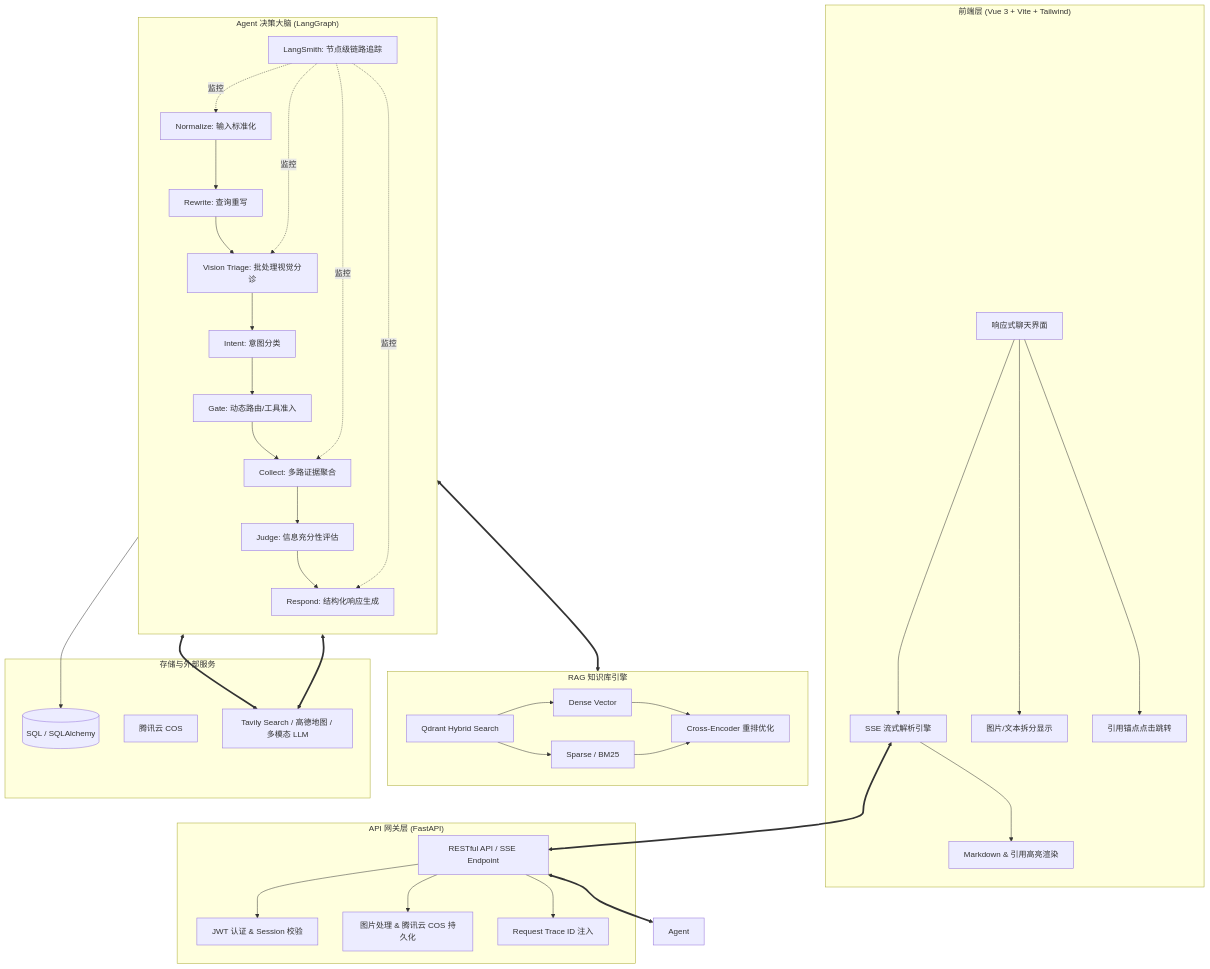
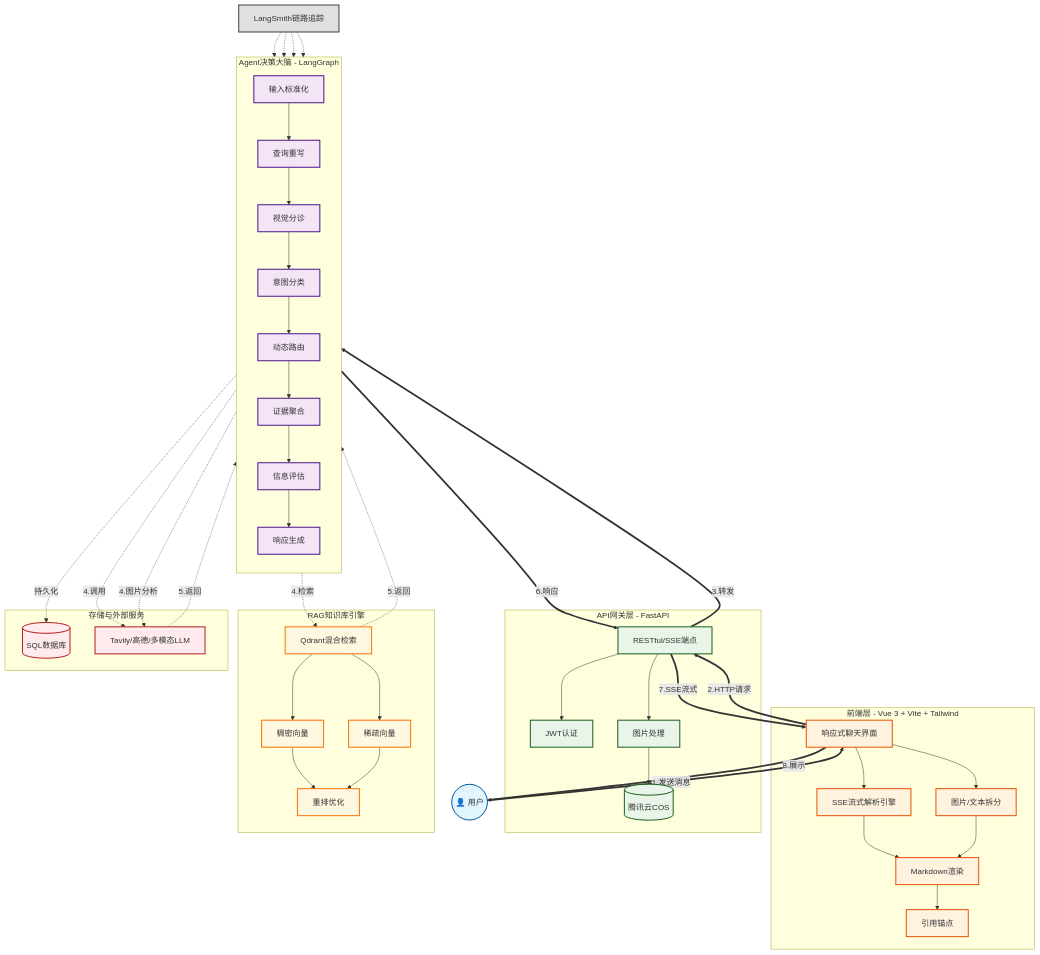
Before and after one commit to lffffffffm/animal_rescue_agent: the diagram in README.md, drawn with Mermaid.

Commit message:
readme修改

````diff
--- a/README.md
+++ b/README.md
@@ -24,49 +24,109 @@
 ```mermaid
-graph TB
-    subgraph "前端层 (Vue 3 + Vite + Tailwind)"
-        UI[响应式聊天界面] --> SSE_Parser[SSE 流式解析引擎]
-        UI --> Image_Split[图片/文本拆分显示]
-        UI --> Cite_Jump[引用锚点点击跳转]
-        SSE_Parser --> Render[Markdown & 引用高亮渲染]
+graph TD
+    %% 用户层
+    User(("👤 用户"))
+    
+    %% 前端层
+    subgraph Frontend [前端层 - Vue 3 + Vite + Tailwind]
+        UI[响应式聊天界面]
+        SSE[SSE流式解析引擎]
+        Split[图片/文本拆分]
+        Render[Markdown渲染]
+        Cite[引用锚点]
+        
+        UI --> SSE
+        UI --> Split
+        SSE --> Render
+        Split --> Render
+        Render --> Cite
     end
     
-    subgraph "API 网关层 (FastAPI)"
-        GW[RESTful API / SSE Endpoint] --> Auth[JWT 认证 & Session 校验]
-        GW --> Upload[图片处理 & 腾讯云 COS 持久化]
-        GW --> Trace_ID[Request Trace ID 注入]
+    %% API网关层
+    subgraph Gateway [API网关层 - FastAPI]
+        API[RESTful/SSE端点]
+        Auth[JWT认证]
+        Upload[图片处理]
+        COS[(腾讯云COS)]
+        
+        API --> Auth
+        API --> Upload
+        Upload --> COS
     end
     
-    subgraph "Agent 决策大脑 (LangGraph)"
+    %% Agent决策层
+    subgraph Agent [Agent决策大脑 - LangGraph]
         direction TB
-        Node1[Normalize: 输入标准化] --> Node2[Rewrite: 查询重写]
-        Node2 --> Node3[Vision Triage: 批处理视觉分诊]
-        Node3 --> Node4[Intent: 意图分类]
-        Node4 --> Node5[Gate: 动态路由/工具准入]
-        Node5 --> Node6[Collect: 多路证据聚合]
-        Node6 --> Node7[Judge: 信息充分性评估]
-        Node7 --> Node8[Respond: 结构化响应生成]
+        N1[输入标准化]
+        N2[查询重写]
+        N3[视觉分诊]
+        N4[意图分类]
+        N5[动态路由]
+        N6[证据聚合]
+        N7[信息评估]
+        N8[响应生成]
         
-        Monitoring[LangSmith: 节点级链路追踪] -. 监控 .-> Node1 & Node3 & Node6 & Node8
+        N1 --> N2 --> N3 --> N4 --> N5 --> N6 --> N7 --> N8
     end
     
-    subgraph "RAG 知识库引擎"
-        direction LR
-        Search[Qdrant Hybrid Search] --> Dense[Dense Vector]
-        Search --> Sparse[Sparse / BM25]
-        Dense & Sparse --> Rerank[Cross-Encoder 重排优化]
+    %% RAG知识库
+    subgraph RAG [RAG知识库引擎]
+        Search[Qdrant混合检索]
+        Dense[稠密向量]
+        Sparse[稀疏向量]
+        Rerank[重排优化]
+        
+        Search --> Dense
+        Search --> Sparse
+        Dense --> Rerank
+        Sparse --> Rerank
     end
     
-    subgraph "存储与外部服务"
-        DB[(SQL / SQLAlchemy)]
-        COS[腾讯云 COS]
-        APIs[Tavily Search / 高德地图 / 多模态 LLM]
+    %% 外部服务
+    subgraph External [存储与外部服务]
+        DB[(SQL数据库)]
+        APIS[Tavily/高德/多模态LLM]
     end
-
-    %% 核心数据流
-    SSE_Parser <==> GW
-    GW <==> Agent
-    Node6 <==> Search
-    Node6 <==> APIs
-    Node3 <==> APIs
-    Node8 --> DB
+    
+    %% 监控
+    LangSmith[LangSmith链路追踪]
+    
+    %% 核心流程 - 使用不同线条
+    User ==>|1.发送消息| UI
+    UI ==>|2.HTTP请求| API
+    API ==>|3.转发| N1
+    
+    N6 -.->|4.检索| Search
+    N6 -.->|4.调用| APIS
+    N3 -.->|4.图片分析| APIS
+    
+    Search -.->|5.返回| N6
+    APIS -.->|5.返回| N6
+    
+    N8 ==>|6.响应| API
+    N8 -.->|持久化| DB
+    API ==>|7.SSE流式| UI
+    UI ==>|8.展示| User
+    
+    %% 监控链路
+    LangSmith -.-> N1
+    LangSmith -.-> N3
+    LangSmith -.-> N6
+    LangSmith -.-> N8
+    
+    %% 样式 - 最终修复：正确的Mermaid classDef语法
+    classDef user fill:#e1f5fe,stroke:#01579b,stroke-width:2px;
+    classDef frontend fill:#fff3e0,stroke:#e65100,stroke-width:2px;
+    classDef gateway fill:#e8f5e8,stroke:#1b5e20,stroke-width:2px;
+    classDef agent fill:#f3e5f5,stroke:#4a148c,stroke-width:2px;
+    classDef rag fill:#fff8e1,stroke:#ff6f00,stroke-width:2px;
+    classDef external fill:#ffebee,stroke:#b71c1c,stroke-width:2px;
+    classDef monitor fill:#e0e0e0,stroke:#424242,stroke-width:2px;
+    
+    class User user;
+    class UI,SSE,Split,Render,Cite frontend;
+    class API,Auth,Upload,COS gateway;
+    class N1,N2,N3,N4,N5,N6,N7,N8 agent;
+    class Search,Dense,Sparse,Rerank rag;
+    class DB,APIS external;
+    class LangSmith monitor;
 ```
````
